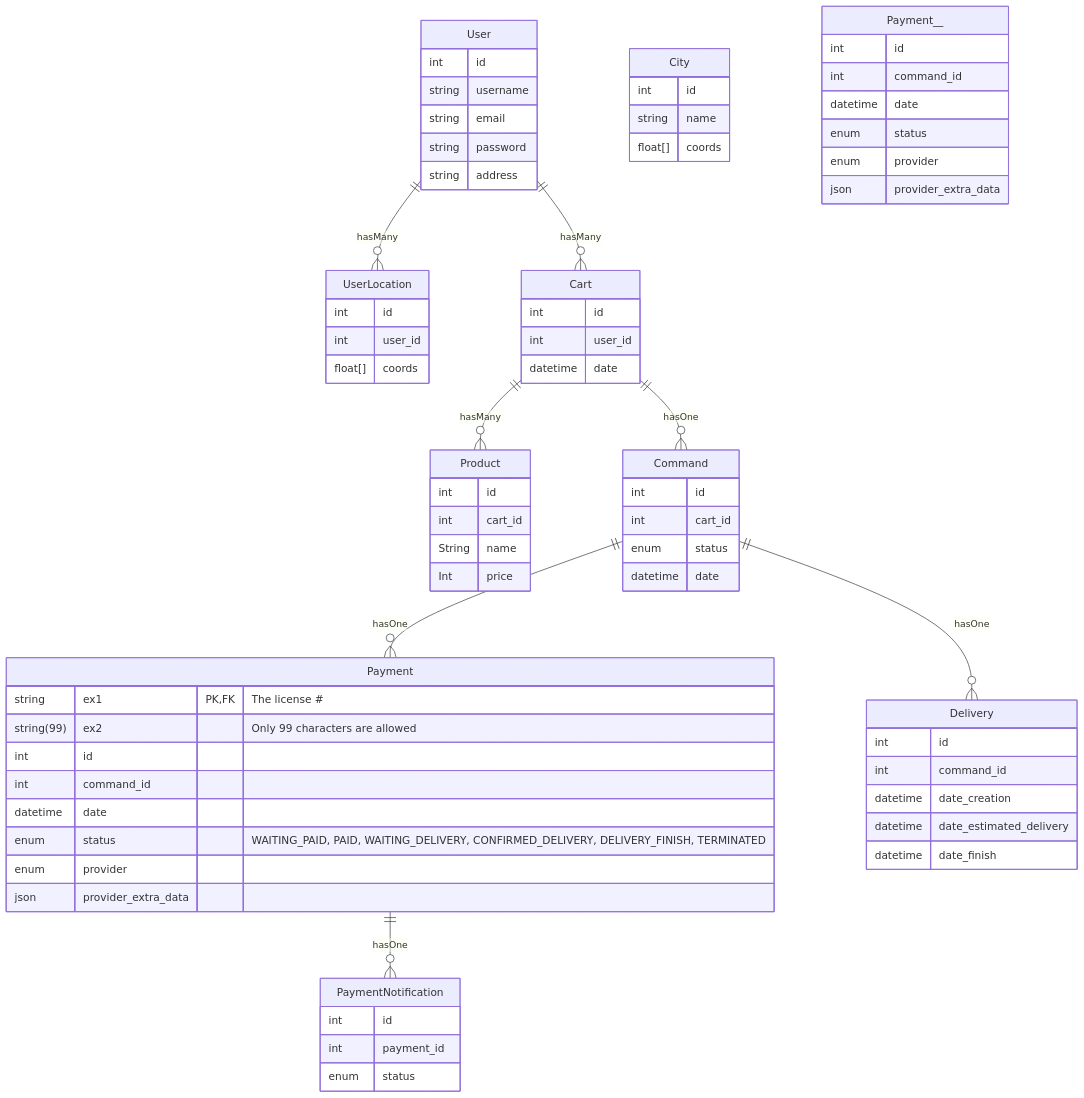
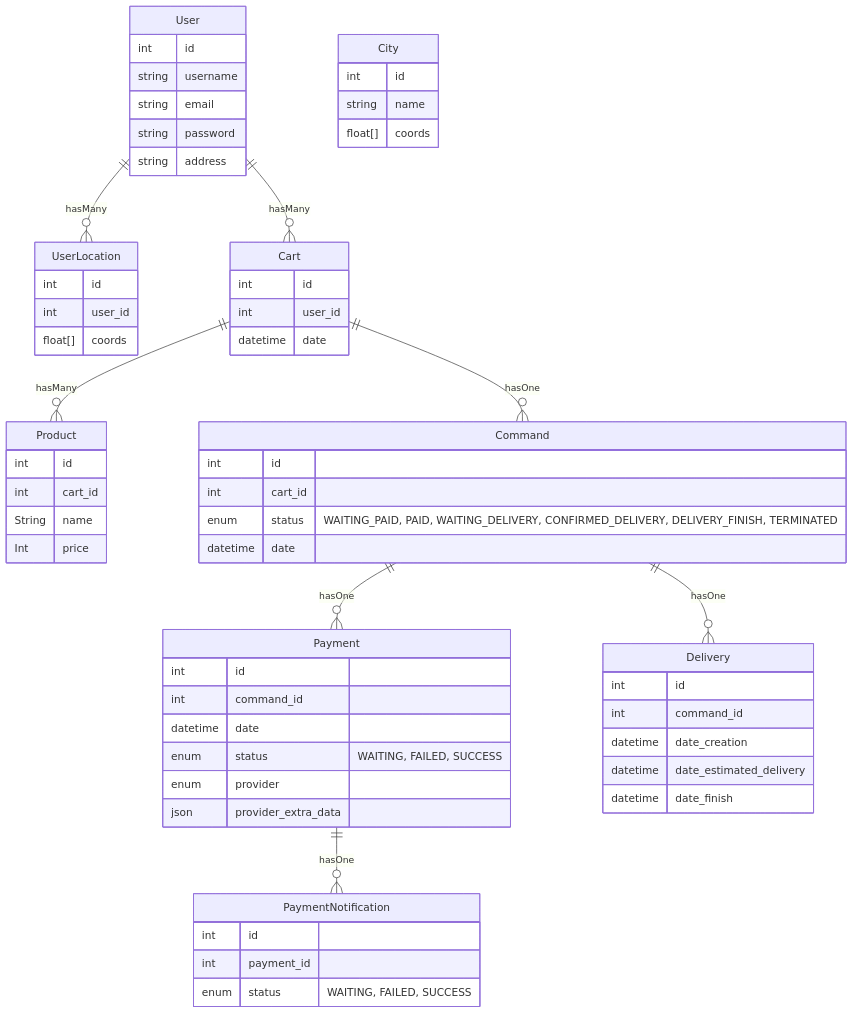
One commit to joussin/api_allopico_old changed the first of 6 diagrams in readme.md. Above: the diagram before and after it, drawn with Mermaid.

````diff
--- a/readme.md
+++ b/readme.md
@@ -76,23 +76,24 @@
     Command {
 	     int id
 	     int cart_id
-	enum status
+	enum status "WAITING_PAID, PAID, WAITING_DELIVERY, CONFIRMED_DELIVERY, DELIVERY_FINISH, TERMINATED"
 	datetime date
 	}
     
-    Payment__ {
-	     int id
+     
+     Payment {
+            int id
 	     int command_id  
 		 datetime date
-		 enum status  
+		 enum status "WAITING, FAILED, SUCCESS"
 		 enum provider   
 		 json provider_extra_data
-	}
+    }
     
     PaymentNotification {
 	     int id
 	     int payment_id
-		 enum status  
+		 enum status  "WAITING, FAILED, SUCCESS"
 	}
 	    
     Delivery {
@@ -105,16 +106,6 @@
 	}
 	
  
-    
-     Payment {
-        string ex1 PK, FK "The license #"
-        string(99) ex2 "Only 99 characters are allowed"
-            int id
-	     int command_id  
-		 datetime date
-		 enum status "WAITING_PAID, PAID, WAITING_DELIVERY, CONFIRMED_DELIVERY, DELIVERY_FINISH, TERMINATED"
-		 enum provider   
-		 json provider_extra_data
-    }
+
   
 ```  
````
